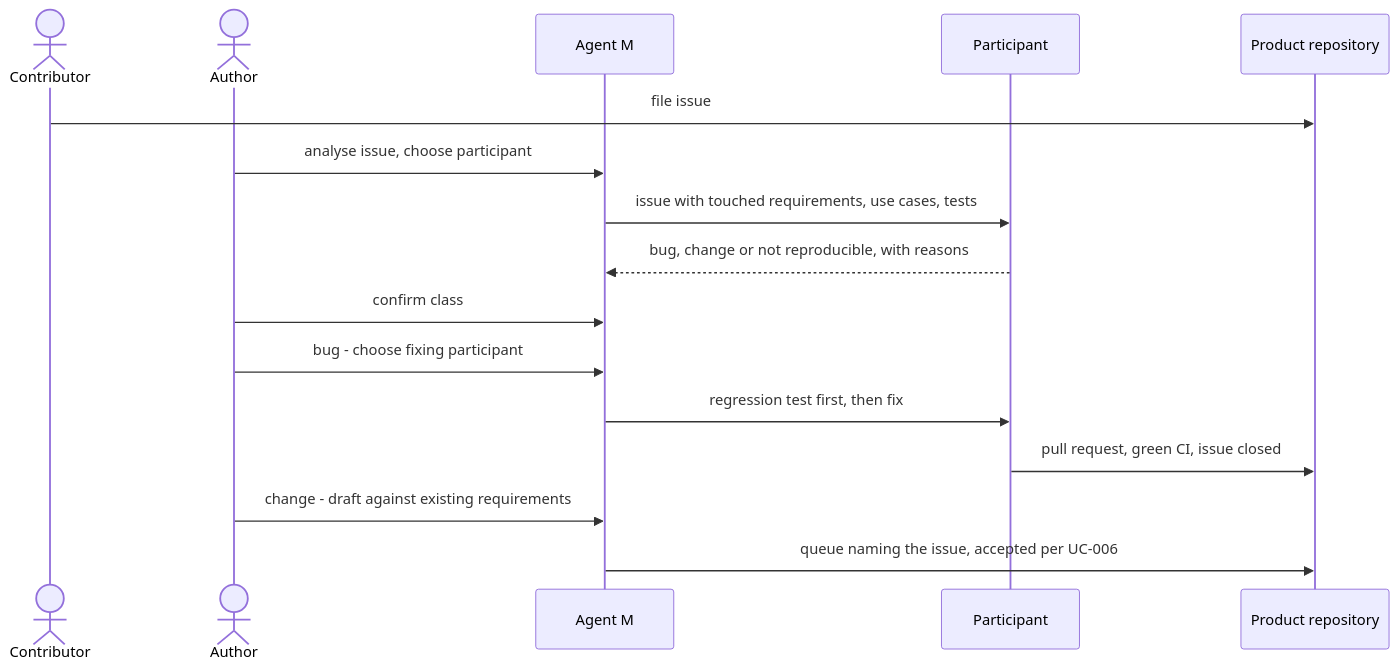
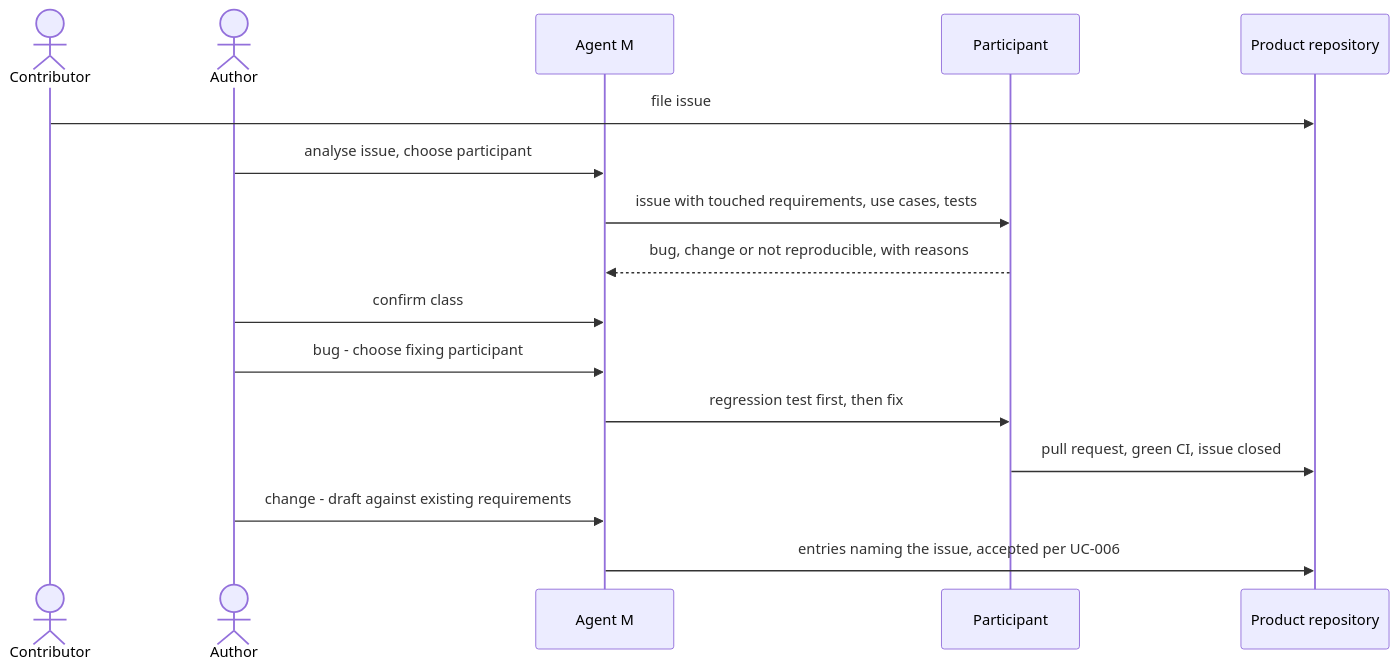
One commit to akmaier/agent-m changed the diagram in docs/use-cases/UC-012-turn-an-issue-into-a-specification-change.md. Above: the diagram before and after it, drawn with Mermaid. The commit also changed other lines of this file and 20 other files, not shown here.

````diff
--- a/docs/use-cases/UC-012-turn-an-issue-into-a-specification-change.md
+++ b/docs/use-cases/UC-012-turn-an-issue-into-a-specification-change.md
@@ -64,18 +64,18 @@
 ```mermaid
 sequenceDiagram
     actor C as Contributor
     actor A as Author
     participant M as Agent M
     participant P as Participant
     participant G as Product repository
     C->>G: file issue
     A->>M: analyse issue, choose participant
     M->>P: issue with touched requirements, use cases, tests
     P-->>M: bug, change or not reproducible, with reasons
     A->>M: confirm class
     A->>M: bug - choose fixing participant
     M->>P: regression test first, then fix
     P->>G: pull request, green CI, issue closed
     A->>M: change - draft against existing requirements
-    M->>G: queue naming the issue, accepted per UC-006
+    M->>G: entries naming the issue, accepted per UC-006
 ```
````
